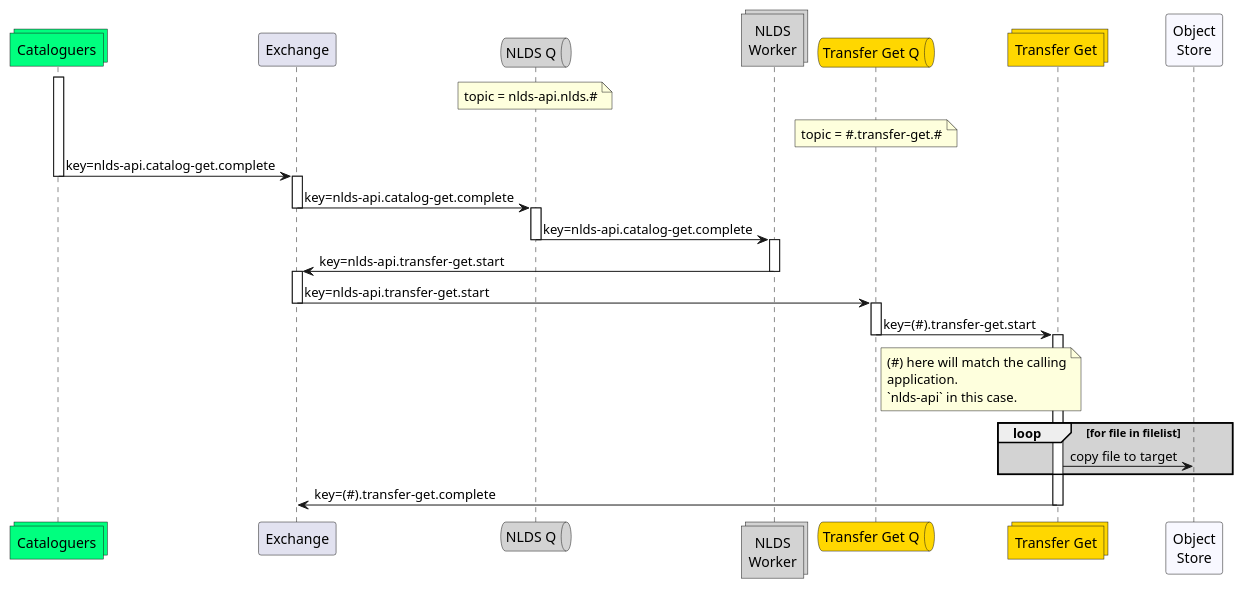
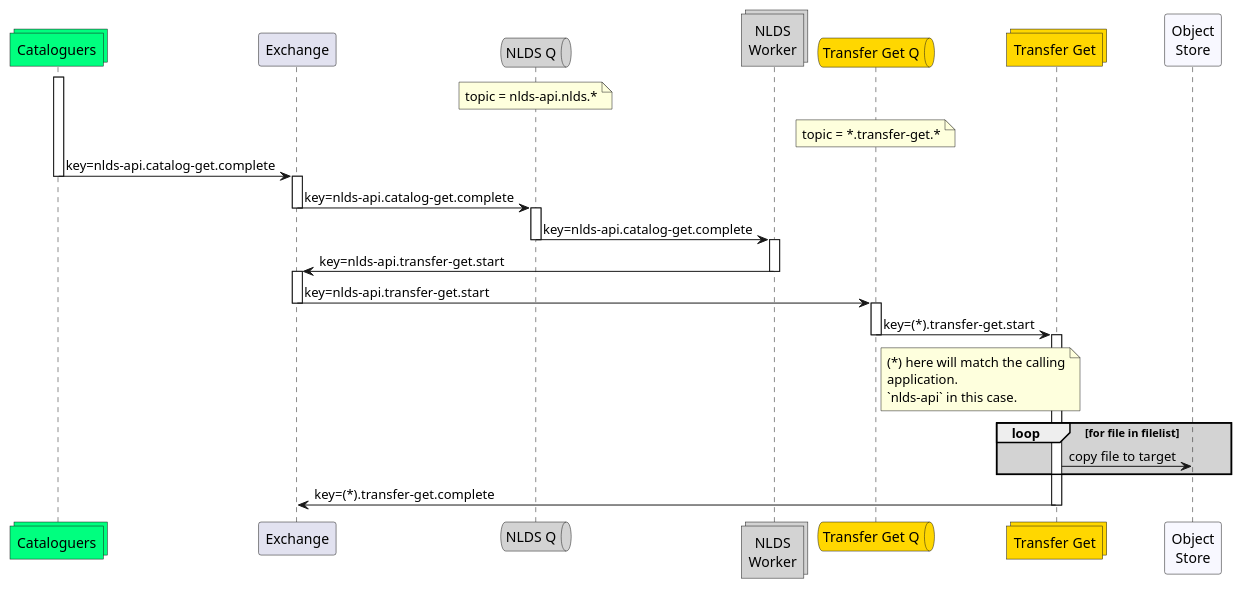
The diagram in docs/spec/uml/message_flow_get2.puml (cedadev/nlds), drawn with PlantUML before and after one commit. The commit also changed 13 other files, not shown here.

```diff
--- a/docs/spec/uml/message_flow_get2.puml
+++ b/docs/spec/uml/message_flow_get2.puml
@@ -1,58 +1,58 @@
 @startuml message_flow_get2
 
 collections catalog as "Cataloguers" #springgreen
 
 participant wex as "Exchange"
 
 queue qw as "NLDS Q" #lightgrey
 note over qw
-    topic = nlds-api.nlds.#
+    topic = nlds-api.nlds.*
 end note
 collections work as "NLDS\nWorker" #lightgrey
 
 queue qt as "Transfer Get Q" #gold
 note over qt
-    topic = #.transfer-get.#
+    topic = *.transfer-get.*
 end note
 collections transfer_get as "Transfer Get" #gold
 
 participant obj as "Object\nStore" #GhostWhite
 
 activate catalog
 catalog -> wex : key=nlds-api.catalog-get.complete
 deactivate catalog
 
 activate wex
 wex -> qw : key=nlds-api.catalog-get.complete
 deactivate wex
 
 activate qw
 qw -> work : key=nlds-api.catalog-get.complete
 deactivate qw
 
 activate work
 work -> wex : key=nlds-api.transfer-get.start
 deactivate work
 
 activate wex
 wex -> qt : key=nlds-api.transfer-get.start
 deactivate wex
 
 activate qt
-qt -> transfer_get : key=(#).transfer-get.start
+qt -> transfer_get : key=(*).transfer-get.start
 deactivate qt
 activate transfer_get
 
 note right of qt
-    (#) here will match the calling
+    (*) here will match the calling
     application.
     `nlds-api` in this case.
 end note
 
 loop #lightgrey for file in filelist 
     transfer_get -> obj : copy file to target
 end
-transfer_get -> wex : key=(#).transfer-get.complete
+transfer_get -> wex : key=(*).transfer-get.complete
 deactivate transfer_get
 
 @enduml
```
